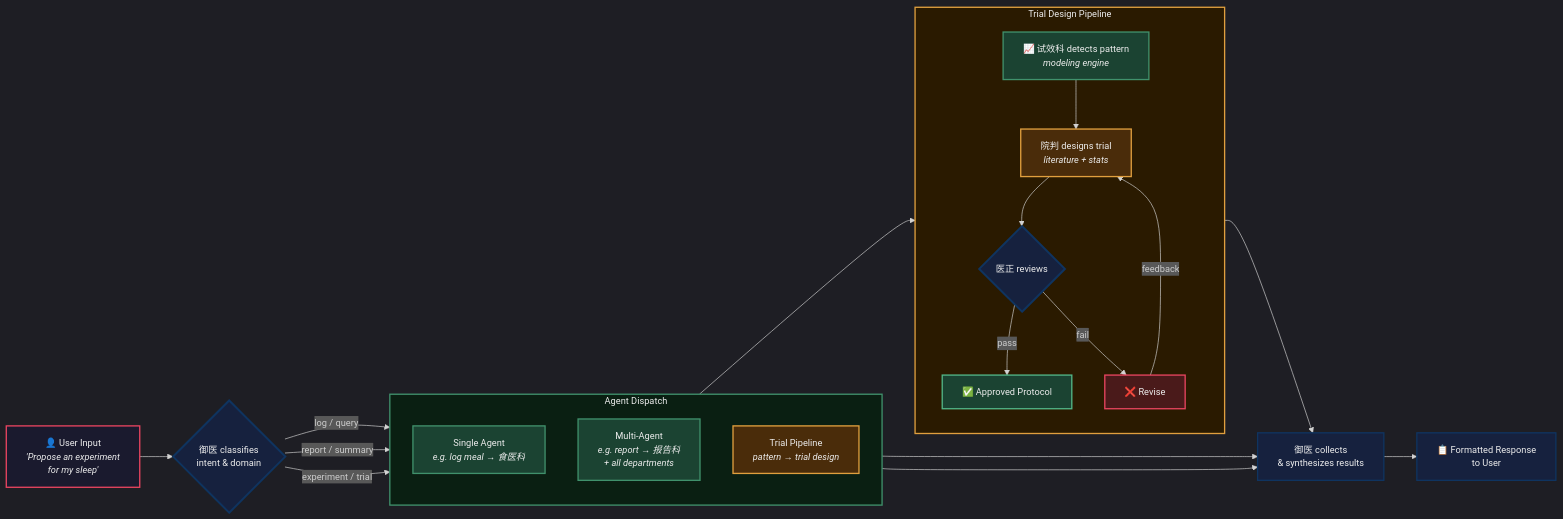
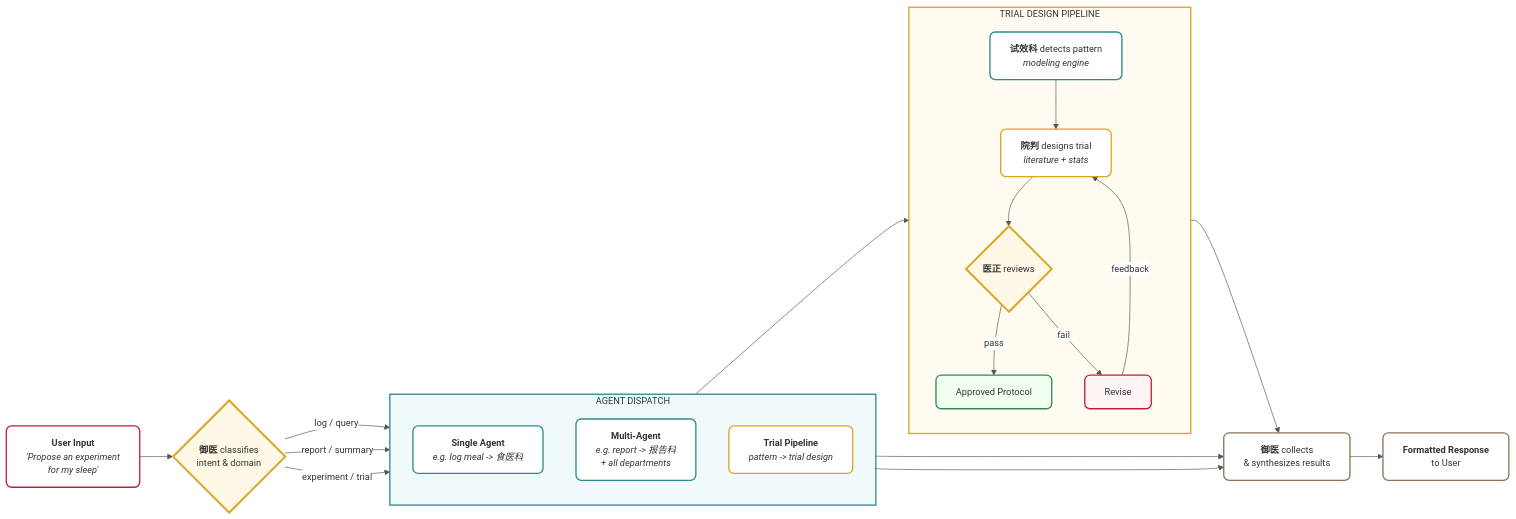
The diagram in docs/agent-flow.mmd (ikheet7734/longevity-os), drawn with Mermaid before and after one commit. The commit also changed 33 other files, not shown here.

```diff
--- a/docs/agent-flow.mmd
+++ b/docs/agent-flow.mmd
@@ -1,73 +1,91 @@
-%%{init: {'theme': 'dark', 'themeVariables': { 'fontSize': '14px' }}}%%
+%%{init: {
+  'theme': 'base',
+  'themeVariables': {
+    'fontSize': '14px',
+    'fontFamily': 'system-ui, -apple-system, sans-serif',
+    'primaryColor': '#FFFFFF',
+    'primaryBorderColor': '#DAA520',
+    'primaryTextColor': '#333333',
+    'lineColor': '#555555',
+    'secondaryColor': '#FFF8E7',
+    'tertiaryColor': '#F5F5F5',
+    'background': '#FFFFFF',
+    'mainBkg': '#FFFFFF',
+    'nodeBorder': '#DAA520',
+    'clusterBkg': '#FAFAFA',
+    'clusterBorder': '#CCCCCC',
+    'titleColor': '#333333',
+    'edgeLabelBackground': '#FFFFFF'
+  }
+}}%%
 flowchart LR
     %% ── Input ──
-    Input["👤 User Input<br/><i>'Propose an experiment<br/>for my sleep'</i>"]
+    Input["<b>User Input</b><br/><i>'Propose an experiment<br/>for my sleep'</i>"]
 
     %% ── Classification ──
-    Classify{"御医 classifies<br/>intent & domain"}
+    Classify{"<b>御医</b> classifies<br/>intent & domain"}
 
     %% ── Dispatch paths ──
-    subgraph DISPATCH["Agent Dispatch"]
+    subgraph DISPATCH["AGENT DISPATCH"]
         direction TB
-        Simple["Single Agent<br/><i>e.g. log meal → 食医科</i>"]
-        Multi["Multi-Agent<br/><i>e.g. report → 报告科<br/>+ all departments</i>"]
-        Trial["Trial Pipeline<br/><i>pattern → trial design</i>"]
+        Simple["<b>Single Agent</b><br/><i>e.g. log meal -> 食医科</i>"]
+        Multi["<b>Multi-Agent</b><br/><i>e.g. report -> 报告科<br/>+ all departments</i>"]
+        Trial["<b>Trial Pipeline</b><br/><i>pattern -> trial design</i>"]
     end
 
     %% ── Trial Pipeline Detail ──
-    subgraph PIPELINE["Trial Design Pipeline"]
+    subgraph PIPELINE["TRIAL DESIGN PIPELINE"]
         direction TB
-        P1["📈 试效科 detects pattern<br/><i>modeling engine</i>"]
-        P2["院判 designs trial<br/><i>literature + stats</i>"]
-        P3{"医正 reviews"}
-        P4["✅ Approved Protocol"]
-        P5["❌ Revise"]
+        P1["<b>试效科</b> detects pattern<br/><i>modeling engine</i>"]
+        P2["<b>院判</b> designs trial<br/><i>literature + stats</i>"]
+        P3{"<b>医正</b> reviews"}
+        P4["Approved Protocol"]
+        P5["Revise"]
         P1 --> P2
         P2 --> P3
         P3 -->|"pass"| P4
         P3 -->|"fail"| P5
         P5 -->|"feedback"| P2
     end
 
     %% ── Result Collection ──
-    Collect["御医 collects<br/>& synthesizes results"]
+    Collect["<b>御医</b> collects<br/>& synthesizes results"]
 
     %% ── Response ──
-    Response["📋 Formatted Response<br/>to User"]
+    Response["<b>Formatted Response</b><br/>to User"]
 
     %% ── Flow ──
     Input --> Classify
     Classify -->|"log / query"| Simple
     Classify -->|"report / summary"| Multi
     Classify -->|"experiment / trial"| Trial
 
     Simple --> Collect
     Multi --> Collect
     Trial --> PIPELINE
     P4 --> Collect
     Collect --> Response
 
     %% ── Styles ──
-    classDef userStyle fill:#1a1a2e,stroke:#e94560,stroke-width:2px,color:#eee
-    classDef orchStyle fill:#16213e,stroke:#0f3460,stroke-width:2px,color:#eee
-    classDef deptStyle fill:#1b4332,stroke:#40916c,stroke-width:2px,color:#eee
-    classDef trialStyle fill:#4a2c0a,stroke:#e09f3e,stroke-width:2px,color:#eee
-    classDef pipeStyle fill:#2a1a00,stroke:#e09f3e,stroke-width:2px,color:#eee
-    classDef resultStyle fill:#16213e,stroke:#0f3460,stroke-width:2px,color:#eee
-    classDef approvedStyle fill:#1b4332,stroke:#52b788,stroke-width:2px,color:#eee
-    classDef rejectStyle fill:#4a1a1a,stroke:#e94560,stroke-width:2px,color:#eee
-    classDef decisionStyle fill:#16213e,stroke:#0f3460,stroke-width:3px,color:#eee
+    classDef userStyle fill:#FFFFFF,stroke:#C41E3A,stroke-width:2px,color:#333333,rx:8,ry:8
+    classDef orchStyle fill:#FFF8E7,stroke:#DAA520,stroke-width:3px,color:#333333,rx:8,ry:8
+    classDef deptStyle fill:#FFFFFF,stroke:#2E8B8B,stroke-width:2px,color:#333333,rx:8,ry:8
+    classDef trialStyle fill:#FFFFFF,stroke:#DAA520,stroke-width:2px,color:#333333,rx:8,ry:8
+    classDef resultStyle fill:#FFFFFF,stroke:#8B7355,stroke-width:2px,color:#333333,rx:8,ry:8
+    classDef approvedStyle fill:#F0FFF0,stroke:#2E8B57,stroke-width:2px,color:#333333,rx:8,ry:8
+    classDef rejectStyle fill:#FFF5F5,stroke:#C41E3A,stroke-width:2px,color:#333333,rx:8,ry:8
+    classDef decisionStyle fill:#FFF8E7,stroke:#DAA520,stroke-width:3px,color:#333333,rx:8,ry:8
 
     class Input,Response userStyle
     class Classify decisionStyle
     class Simple,Multi deptStyle
     class Trial trialStyle
     class P1 deptStyle
     class P2 trialStyle
     class P3 decisionStyle
     class P4 approvedStyle
     class P5 rejectStyle
     class Collect,Response resultStyle
 
-    style DISPATCH fill:#0a1f12,stroke:#40916c,stroke-width:2px,color:#eee
-    style PIPELINE fill:#2a1a00,stroke:#e09f3e,stroke-width:2px,color:#eee
+    style DISPATCH fill:#F0FAFA,stroke:#2E8B8B,stroke-width:2px,color:#333333
+    style PIPELINE fill:#FFFBF0,stroke:#DAA520,stroke-width:2px,color:#333333
```
